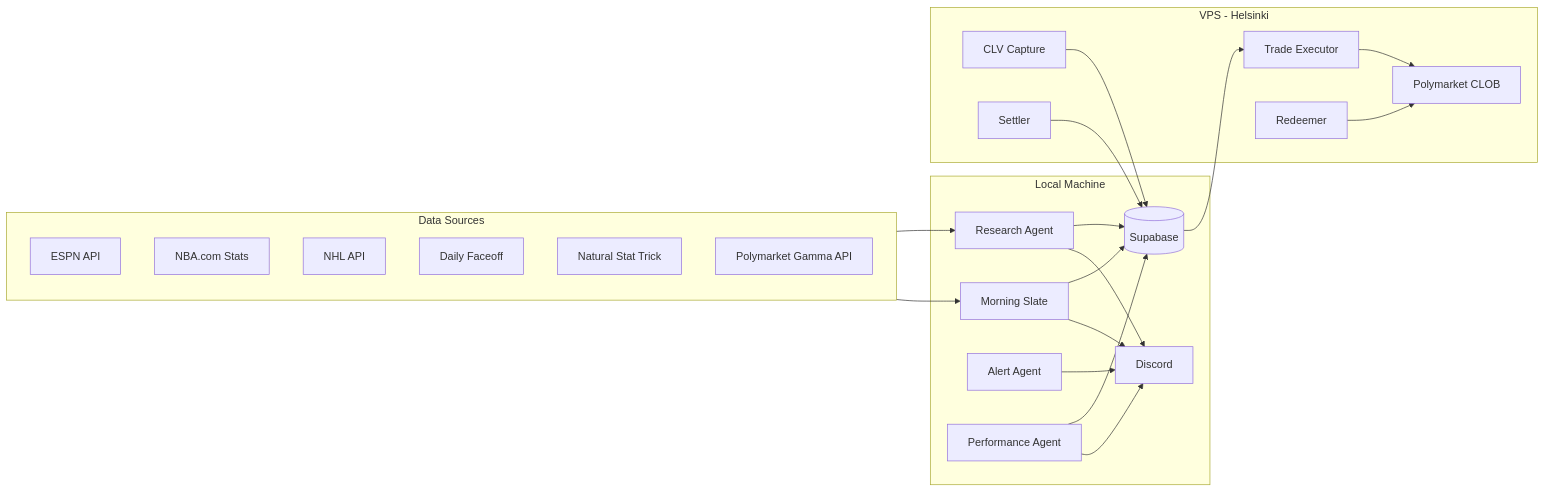
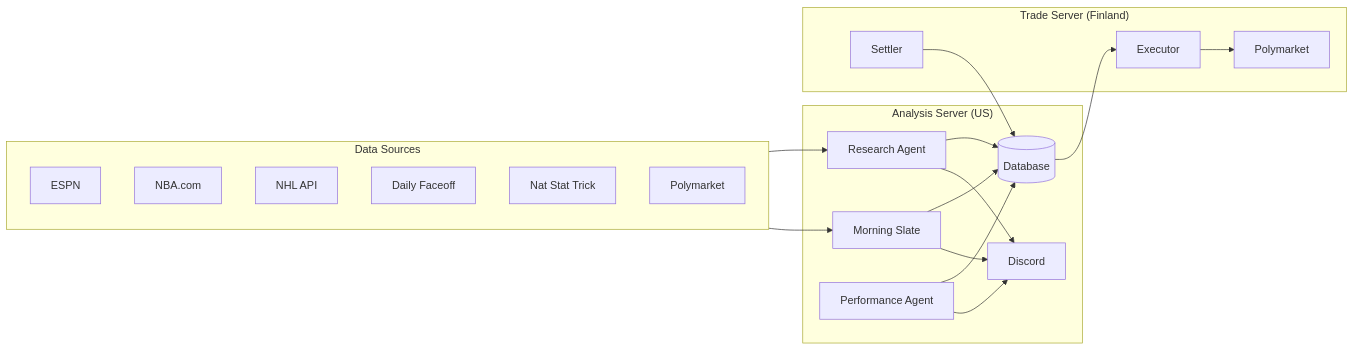
One commit to gksthf99/Moneyline changed the diagram in README.md. Above: the diagram before and after it, drawn with Mermaid. The commit also changed other lines of this file, not shown here.

````diff
--- a/README.md
+++ b/README.md
@@ -122,33 +30,25 @@
 ```mermaid
 flowchart LR
-    subgraph Local["Local Machine"]
-        MS[Morning Slate] --> DB[(Supabase)]
+    subgraph Local["Analysis Server (US)"]
+        MS[Morning Slate] --> DB[(Database)]
         RA[Research Agent] --> DB
         RA --> DC[Discord]
-        AA[Alert Agent] --> DC
         PA[Performance Agent] --> DB
         PA --> DC
     end
 
-    subgraph VPS["VPS - Helsinki"]
-        EX[Trade Executor] --> PM[Polymarket CLOB]
-        CLV[CLV Capture] --> DB
-        RD[Redeemer] --> PM
+    subgraph VPS["Trade Server (Finland)"]
+        EX[Executor] --> PM[Polymarket]
         ST[Settler] --> DB
     end
 
     DB --> EX
     MS --> DC
 
     subgraph Data["Data Sources"]
-        ESPN[ESPN API]
-        NBA[NBA.com Stats]
-        NHL[NHL API]
-        DF[Daily Faceoff]
-        NST[Natural Stat Trick]
-        GAM[Polymarket Gamma API]
+        ESPN[ESPN] & NBA[NBA.com] & NHL[NHL API] & DF[Daily Faceoff] & NST[Nat Stat Trick] & GAM[Polymarket]
     end
 
     Data --> RA
     Data --> MS
 ```
````
